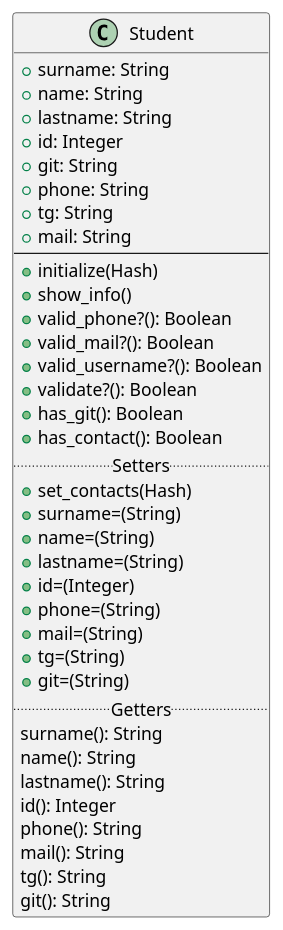
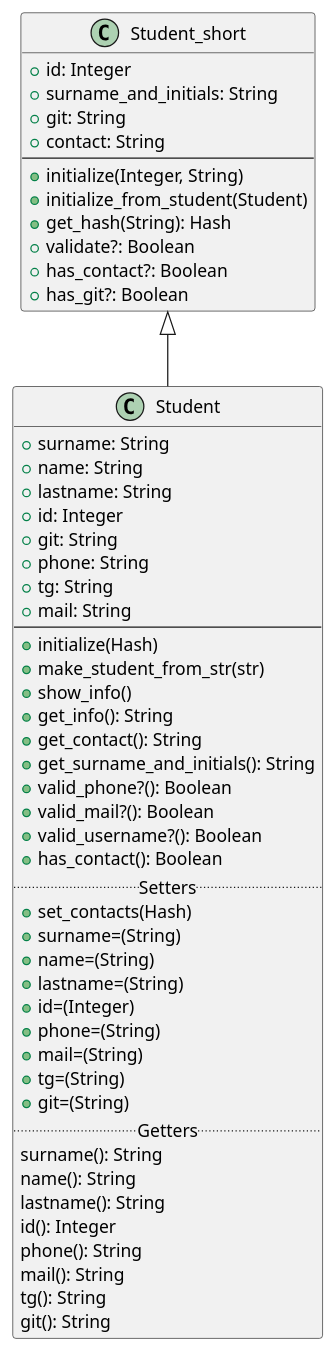
One commit to archipunkrockboy/Programming-patterns changed the diagram in Lab2/Diagrams/Student.puml. Above: the diagram before and after it, drawn with PlantUML.

Commit message:
отражение изменений на диаграмме классов

```diff
--- a/Lab2/Diagrams/Student.puml
+++ b/Lab2/Diagrams/Student.puml
@@ -1,42 +1,59 @@
 @startuml
-    Class Student
+    Class Student_short
+    {
+    +id: Integer
+    +surname_and_initials: String
+    +git: String
+    +contact: String
+    --
+    +initialize(Integer, String)
+    +initialize_from_student(Student)
+    +get_hash(String): Hash
+    +validate?: Boolean
+    +has_contact?: Boolean
+    +has_git?: Boolean
+    }
+
+    Class Student extends Student_short
     {
     +surname: String
     +name: String
     +lastname: String
     +id: Integer
     +git: String
     +phone: String
     +tg: String
     +mail: String
     --
     +initialize(Hash)
+    +make_student_from_str(str)
     +show_info()
+    +get_info(): String
+    +get_contact(): String
+    +get_surname_and_initials(): String
     +valid_phone?(): Boolean
     +valid_mail?(): Boolean
     +valid_username?(): Boolean
-    +validate?(): Boolean
-    +has_git(): Boolean
     +has_contact(): Boolean
     .. Setters ..
     +set_contacts(Hash)
     +surname=(String)
     +name=(String)
     +lastname=(String)
     +id=(Integer)
     +phone=(String)
     +mail=(String)
     +tg=(String)
     +git=(String)
     .. Getters ..
     surname(): String
     name(): String
     lastname(): String
     id(): Integer
     phone(): String
     mail(): String
     tg(): String
     git(): String
     }
 
 @enduml
```
